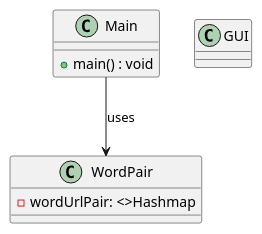
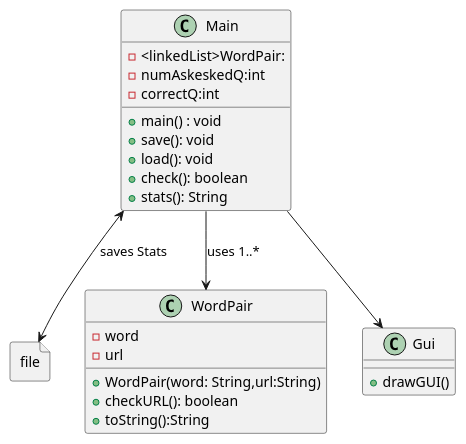
Before and after one commit to TGM-HIT/sew9-2425-worttrainer-Ubetterbisoft: the diagram in Worttrainer4/src/main/java/UML.puml, drawn with PlantUML. The commit also changed 1 other file, not shown here.

Commit message:
New UML with additional features

```diff
--- a/Worttrainer4/src/main/java/UML.puml
+++ b/Worttrainer4/src/main/java/UML.puml
@@ -1,19 +1,41 @@
 @startuml
 'https://plantuml.com/sequence-diagram
 
 
 class Main {
+    -<linkedList>WordPair:
+    -numAskeskedQ:int
+    -correctQ:int
+
     + main() : void
+    +save(): void
+    +load(): void
+    +check(): boolean
+    +stats(): String
 }
 
 class WordPair {
-    - wordUrlPair: <>Hashmap
+    - word
+    - url
+    +WordPair(word: String,url:String)
+    +checkURL(): boolean
+    + toString():String
 
-}
-class GUI {
 
 }
 
-Main --> WordPair: uses
+class Gui {
+    + drawGUI()
+
+}
+
+file file{
+
+}
+
+Main --> WordPair: uses 1..*
+Main --> Gui
+Main <--> file: saves Stats
+
 
 @enduml
```
